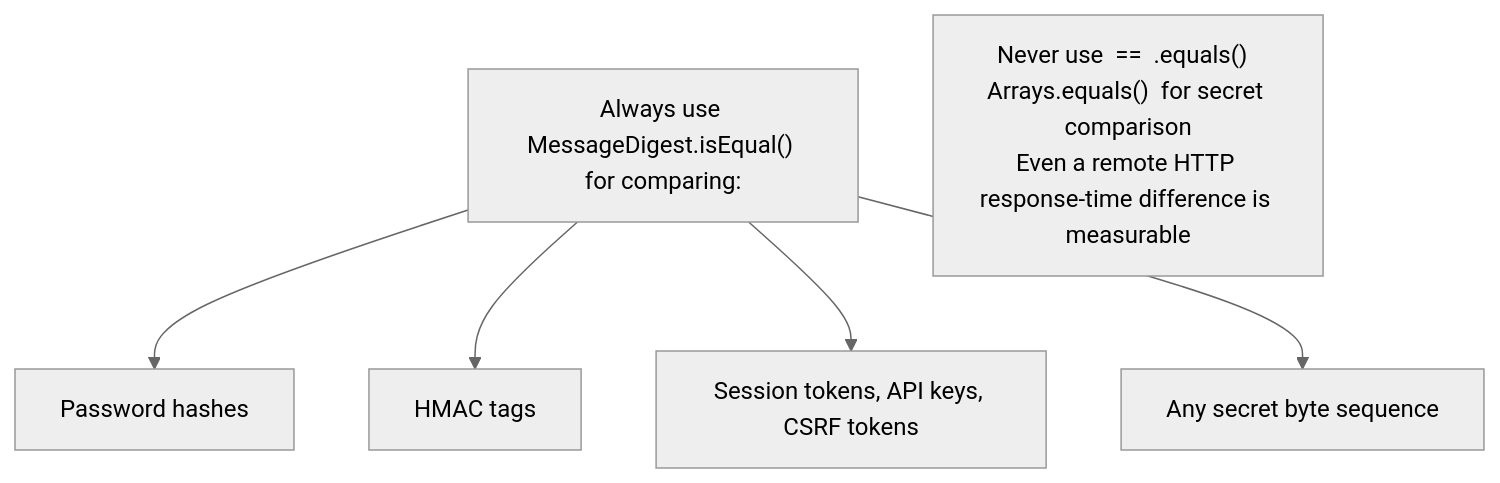
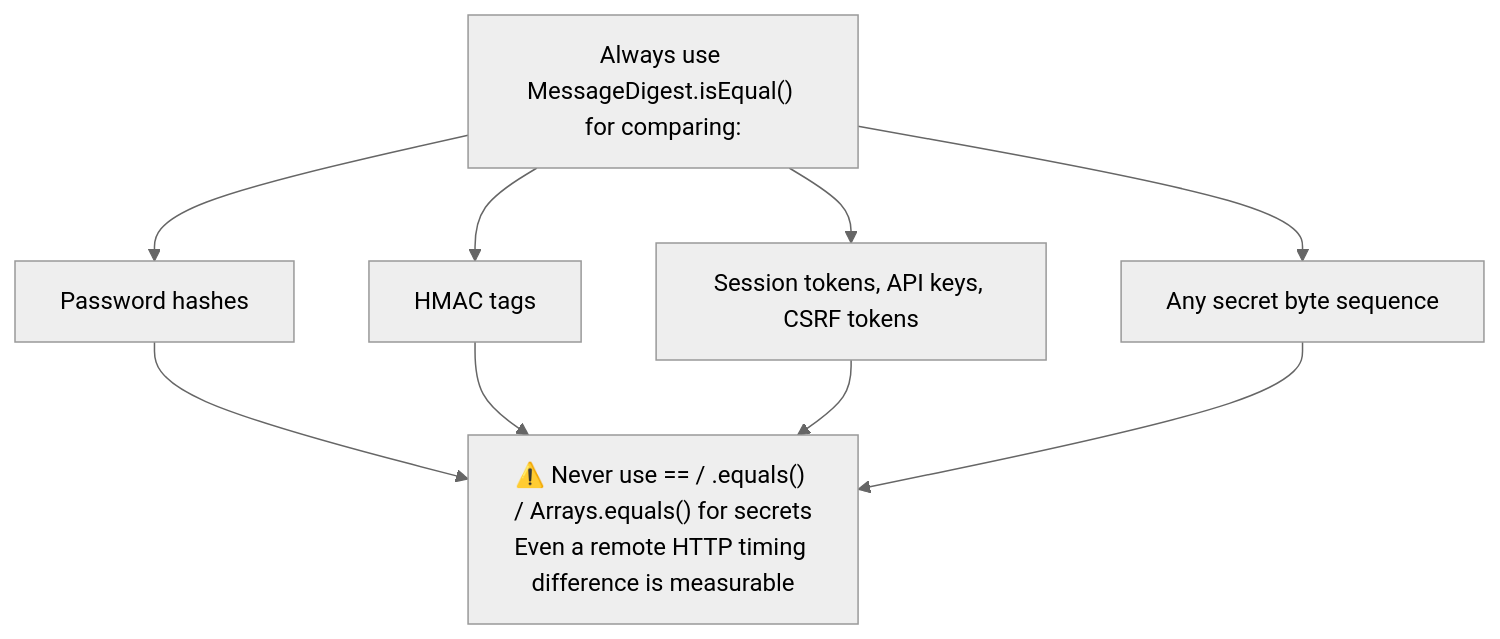
One commit to csoares/SecurityJava changed the third of 9 diagrams in src/main/java/security/attacks/README.md. Above: the diagram before and after it, drawn with Mermaid (neutral theme). The commit also changed other lines of this file and 23 other files, not shown here.

Commit message:
Refine README diagrams and descriptions for clarity and accuracy

````diff
--- a/src/main/java/security/attacks/README.md
+++ b/src/main/java/security/attacks/README.md
@@ -62,10 +62,10 @@
 ```mermaid
 flowchart TD
     RULE["Always use MessageDigest.isEqual() for comparing:"]
     R1["Password hashes"]
     R2["HMAC tags"]
     R3["Session tokens, API keys, CSRF tokens"]
     R4["Any secret byte sequence"]
     RULE --> R1 & R2 & R3 & R4
-    NEVER["Never use  ==  .equals()  Arrays.equals()  for secret comparison\nEven a remote HTTP response-time difference is measurable"]
+    R1 & R2 & R3 & R4 --> NEVER["⚠️ Never use == / .equals() / Arrays.equals() for secrets<br/>Even a remote HTTP timing difference is measurable"]
 ```
````
